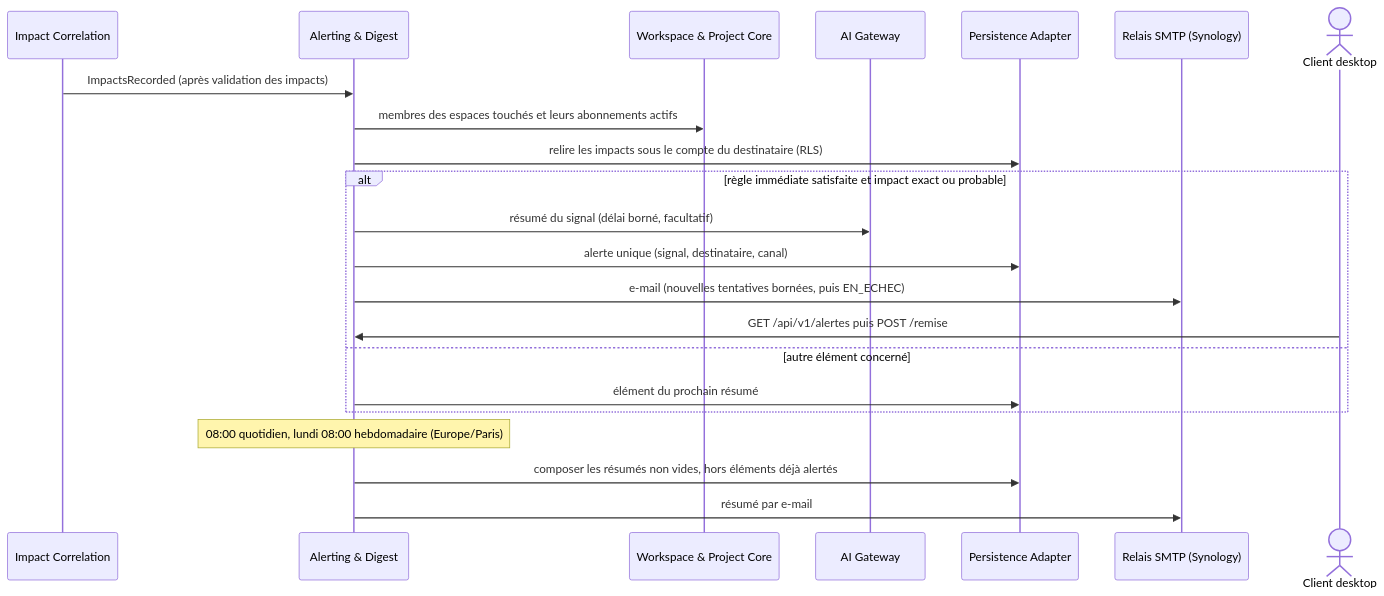
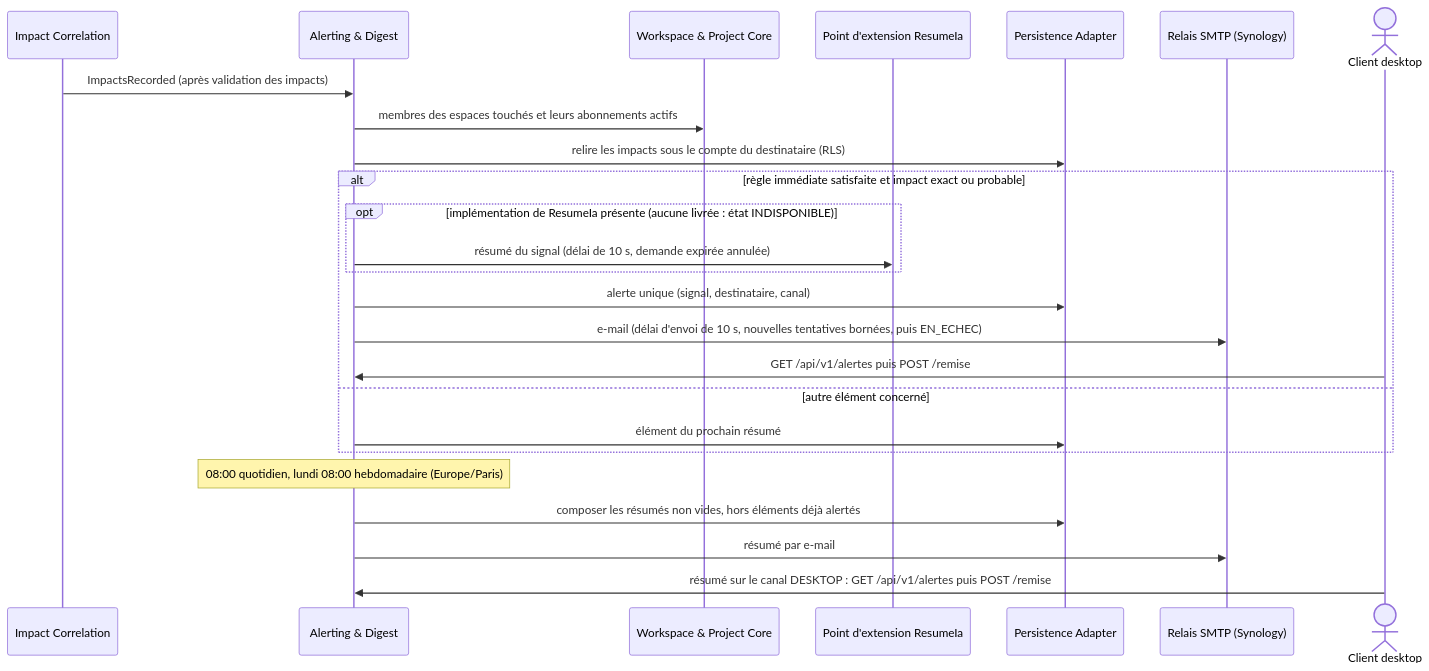
Before and after one commit to FTurleque/argos-tech-platform: the second of 5 diagrams in docs/architecture/arc42/06-vue-execution.md, drawn with Mermaid. The commit also changed other lines of this file and 34 other files, not shown here.

````diff
--- a/docs/architecture/arc42/06-vue-execution.md
+++ b/docs/architecture/arc42/06-vue-execution.md
@@ -76,25 +76,28 @@
 ```mermaid
 sequenceDiagram
     participant Corr as Impact Correlation
     participant Alert as Alerting & Digest
     participant Core as Workspace & Project Core
-    participant AI as AI Gateway
+    participant IA as Point d'extension ResumeIa
     participant Persist as Persistence Adapter
     participant Mail as Relais SMTP (Synology)
     actor Desk as Client desktop
 
     Corr->>Alert: ImpactsRecorded (après validation des impacts)
     Alert->>Core: membres des espaces touchés et leurs abonnements actifs
     Alert->>Persist: relire les impacts sous le compte du destinataire (RLS)
     alt règle immédiate satisfaite et impact exact ou probable
-        Alert->>AI: résumé du signal (délai borné, facultatif)
+        opt implémentation de ResumeIa présente (aucune livrée : état INDISPONIBLE)
+            Alert->>IA: résumé du signal (délai de 10 s, demande expirée annulée)
+        end
         Alert->>Persist: alerte unique (signal, destinataire, canal)
-        Alert->>Mail: e-mail (nouvelles tentatives bornées, puis EN_ECHEC)
+        Alert->>Mail: e-mail (délai d'envoi de 10 s, nouvelles tentatives bornées, puis EN_ECHEC)
         Desk->>Alert: GET /api/v1/alertes puis POST /remise
     else autre élément concerné
         Alert->>Persist: élément du prochain résumé
     end
     Note over Alert: 08:00 quotidien, lundi 08:00 hebdomadaire (Europe/Paris)
     Alert->>Persist: composer les résumés non vides, hors éléments déjà alertés
     Alert->>Mail: résumé par e-mail
+    Desk->>Alert: résumé sur le canal DESKTOP : GET /api/v1/alertes puis POST /remise
 ```
````
